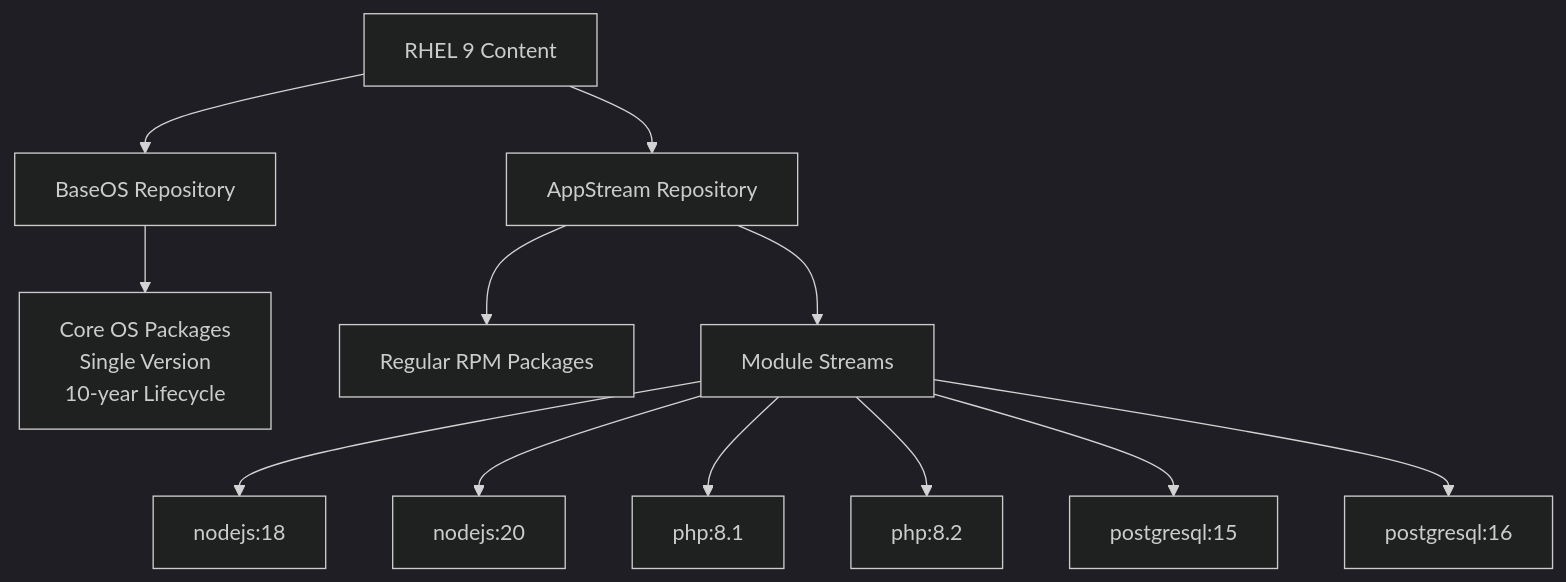
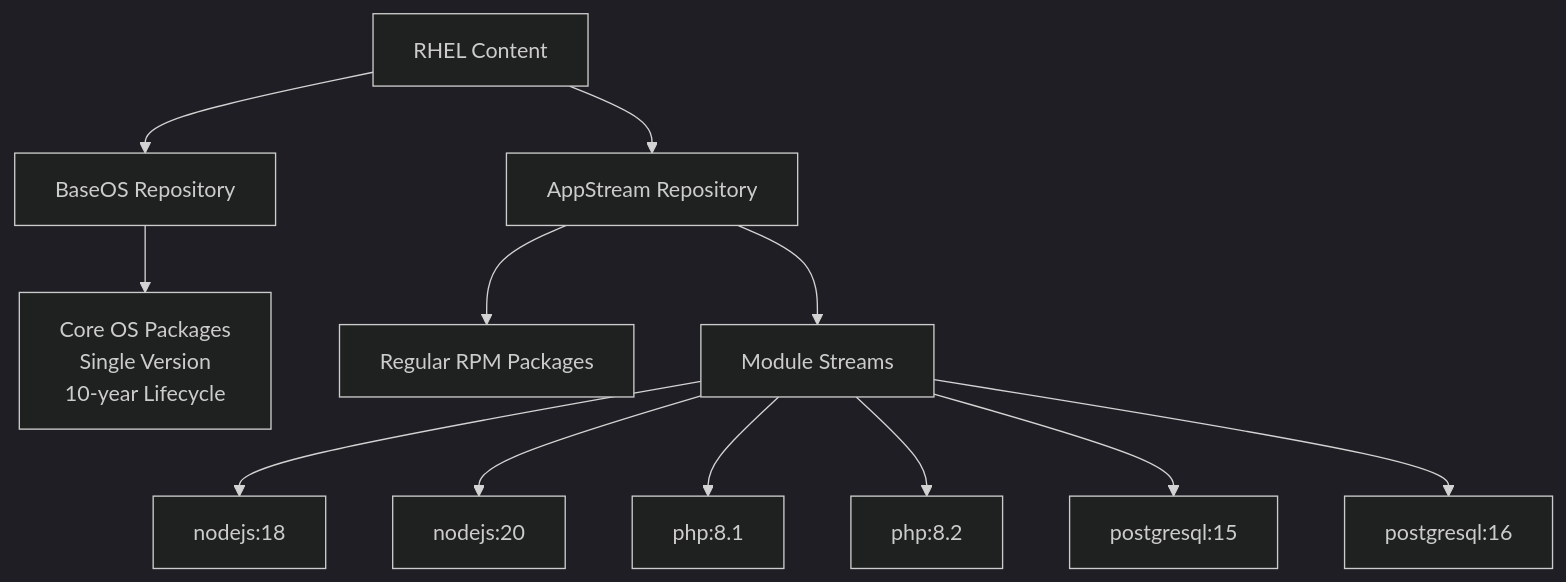
The first of 2 diagrams in posts/2026-03-04-application-streams-module-streams-rhel-9/README.md (OneUptime/blog), drawn with Mermaid (dark theme) before and after one commit. The commit also changed other lines of this file and 4866 other files, not shown here.

````diff
--- a/posts/2026-03-04-application-streams-module-streams-rhel-9/README.md
+++ b/posts/2026-03-04-application-streams-module-streams-rhel-9/README.md
@@ -24,14 +24,14 @@
 ```mermaid
 flowchart TD
-    A[RHEL 9 Content] --> B[BaseOS Repository]
+    A[RHEL Content] --> B[BaseOS Repository]
     A --> C[AppStream Repository]
     B --> D[Core OS Packages<br>Single Version<br>10-year Lifecycle]
     C --> E[Regular RPM Packages]
     C --> F[Module Streams]
     F --> G[nodejs:18]
     F --> H[nodejs:20]
     F --> I[php:8.1]
     F --> J[php:8.2]
     F --> K[postgresql:15]
     F --> L[postgresql:16]
 ```
````
